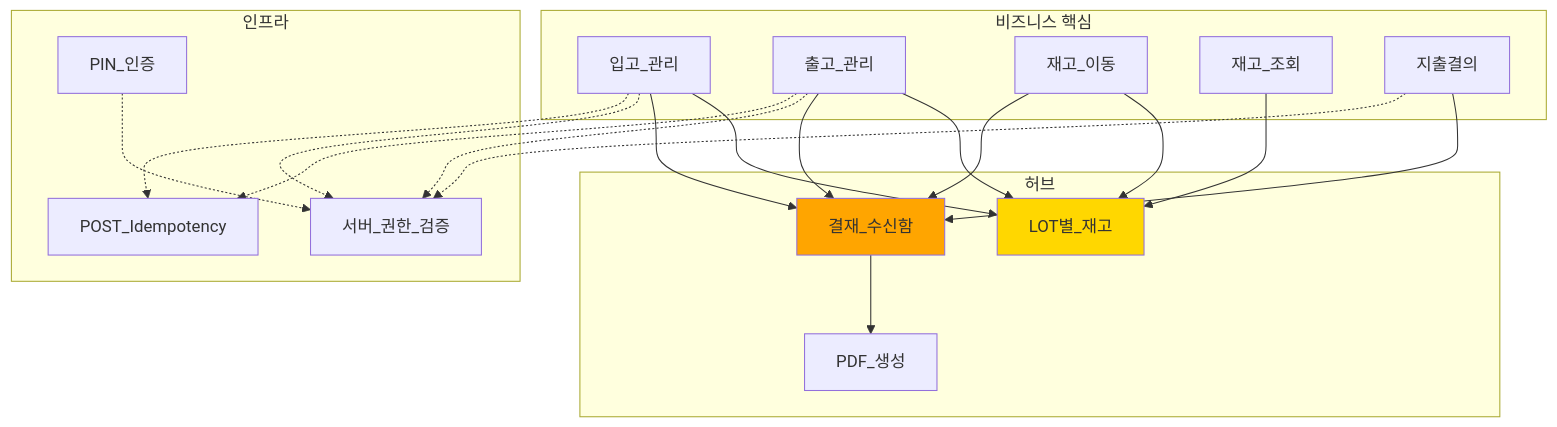
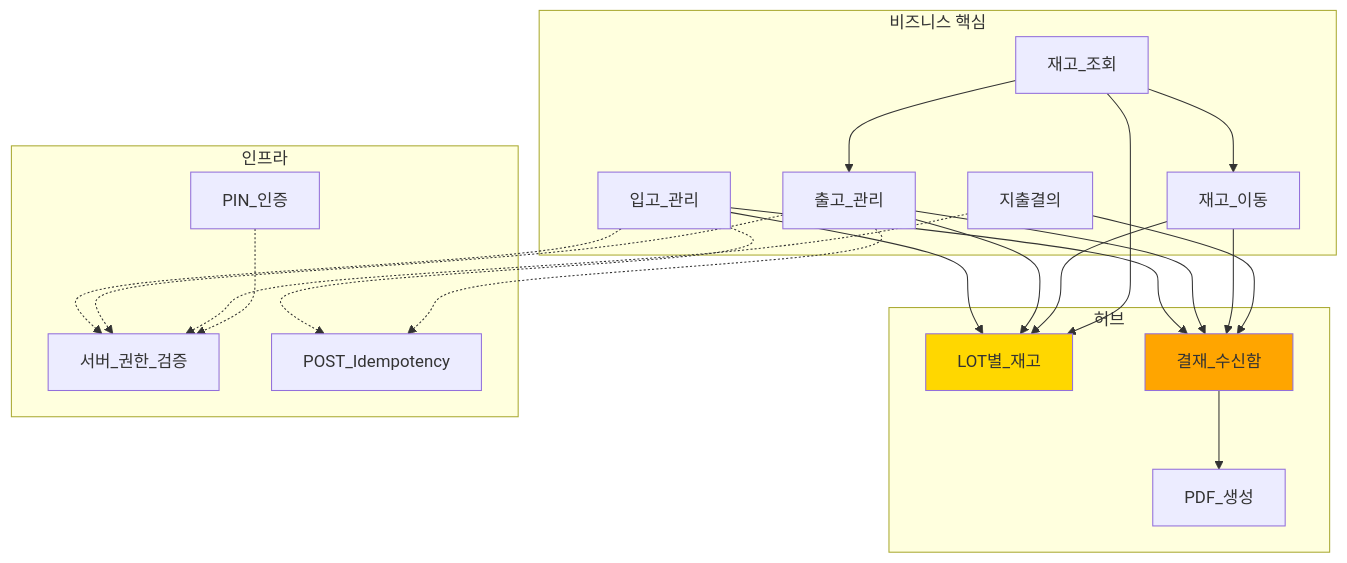
One commit to Seolgiii/seafood-erp changed the first of 2 diagrams in obsidian-vault/60_관계도/ERP_핵심구조_큰그림.md. Above: the diagram before and after it, drawn with Mermaid.

Commit message:
fix(relations): 큰 그림에 조회 → 출고/이동 edge 추가
A2/A3/A5 시나리오에 등장하는 재고 조회 → 출고 신청, 재고 조회 → 이동 신청 흐름이
ERP_핵심구조_큰그림.md에 빠져 있어 보강.

````diff
--- a/obsidian-vault/60_관계도/ERP_핵심구조_큰그림.md
+++ b/obsidian-vault/60_관계도/ERP_핵심구조_큰그림.md
@@ -8,46 +8,49 @@
 ```mermaid
 graph TD
     subgraph "비즈니스 핵심"
         입고[입고_관리]
         출고[출고_관리]
         이동[재고_이동]
         조회[재고_조회]
         지출[지출결의]
     end
 
     subgraph "허브"
         LOT[LOT별_재고]
         결재[결재_수신함]
         PDF[PDF_생성]
     end
 
     subgraph "인프라"
         PIN[PIN_인증]
         권한[서버_권한_검증]
         Idem[POST_Idempotency]
     end
 
     입고 --> LOT
     출고 --> LOT
     이동 --> LOT
     조회 --> LOT
 
+    조회 --> 출고
+    조회 --> 이동
+
     입고 --> 결재
     출고 --> 결재
     이동 --> 결재
     지출 --> 결재
 
     결재 --> PDF
 
     입고 -.-> 권한
     출고 -.-> 권한
     지출 -.-> 권한
 
     입고 -.-> Idem
     출고 -.-> Idem
 
     PIN -.-> 권한
 
     style LOT fill:#ffd700
     style 결재 fill:#ffa500
 ```
````
